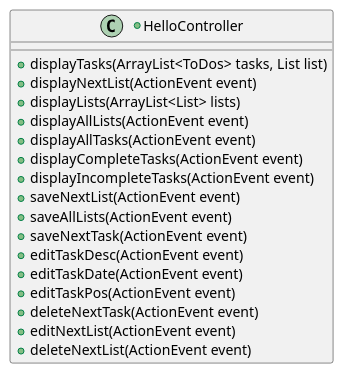
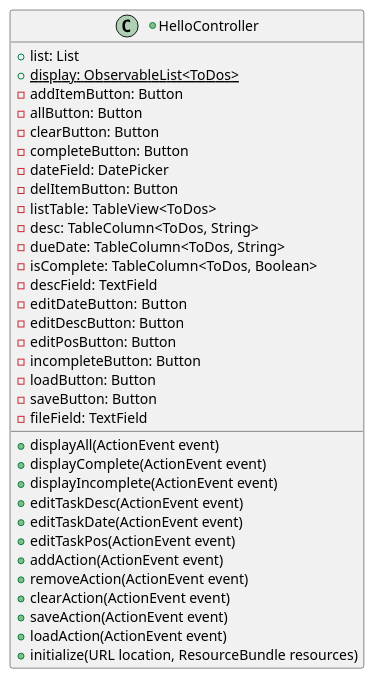
Before and after one commit to mel4ni3/ehrlich-cop3330-assignment4part2: the diagram in uml/HelloController.puml, drawn with PlantUML. The commit also changed 13 other files, not shown here.

```diff
--- a/uml/HelloController.puml
+++ b/uml/HelloController.puml
@@ -1,23 +1,39 @@
 @startuml
 'https://plantuml.com/class-diagram
 
 +class HelloController {
-+ displayTasks(ArrayList<ToDos> tasks, List list)
-+ displayNextList(ActionEvent event)
-+ displayLists(ArrayList<List> lists)
-+ displayAllLists(ActionEvent event)
-+ displayAllTasks(ActionEvent event)
-+ displayCompleteTasks(ActionEvent event)
-+ displayIncompleteTasks(ActionEvent event)
-+ saveNextList(ActionEvent event)
-+ saveAllLists(ActionEvent event)
-+ saveNextTask(ActionEvent event)
+    + list: List
+    +{static} display: ObservableList<ToDos>
+    - addItemButton: Button
+    - allButton: Button
+    - clearButton: Button
+    - completeButton: Button
+    - dateField: DatePicker
+    - delItemButton: Button
+    - listTable: TableView<ToDos>
+    - desc: TableColumn<ToDos, String>
+    - dueDate: TableColumn<ToDos, String>
+    -  isComplete: TableColumn<ToDos, Boolean>
+    - descField: TextField
+    - editDateButton:  Button
+    - editDescButton: Button
+    - editPosButton: Button
+    - incompleteButton: Button
+    - loadButton: Button
+    - saveButton: Button
+    - fileField: TextField
++ displayAll(ActionEvent event)
++ displayComplete(ActionEvent event)
++ displayIncomplete(ActionEvent event)
 + editTaskDesc(ActionEvent event)
 + editTaskDate(ActionEvent event)
 + editTaskPos(ActionEvent event)
-+ deleteNextTask(ActionEvent event)
-+ editNextList(ActionEvent event)
-+ deleteNextList(ActionEvent event)
++ addAction(ActionEvent event)
++ removeAction(ActionEvent event)
++ clearAction(ActionEvent event)
++ saveAction(ActionEvent event)
++ loadAction(ActionEvent event)
++ initialize(URL location, ResourceBundle resources)
 }
 
 @enduml
```
